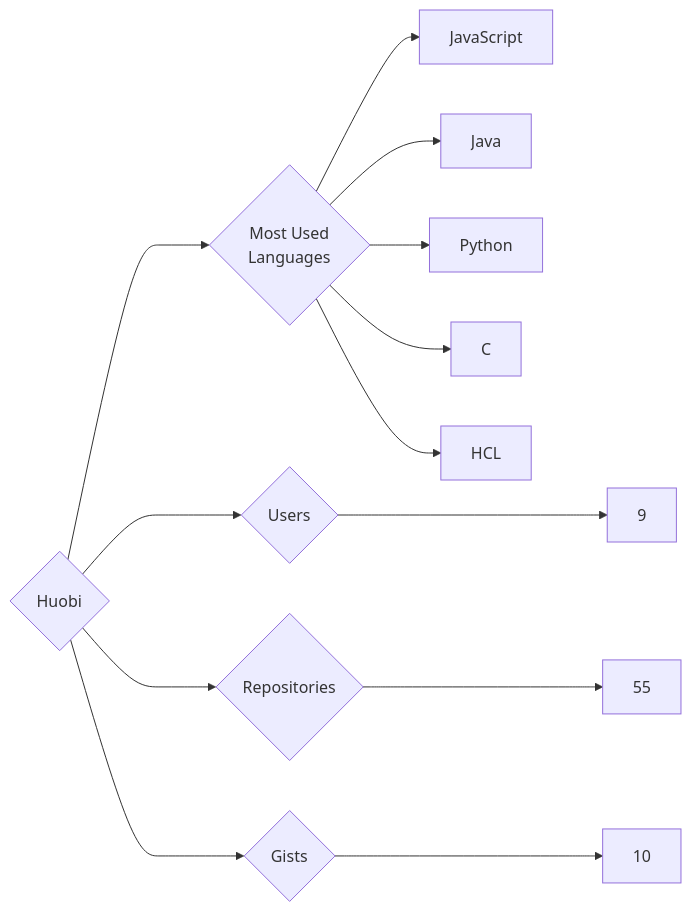
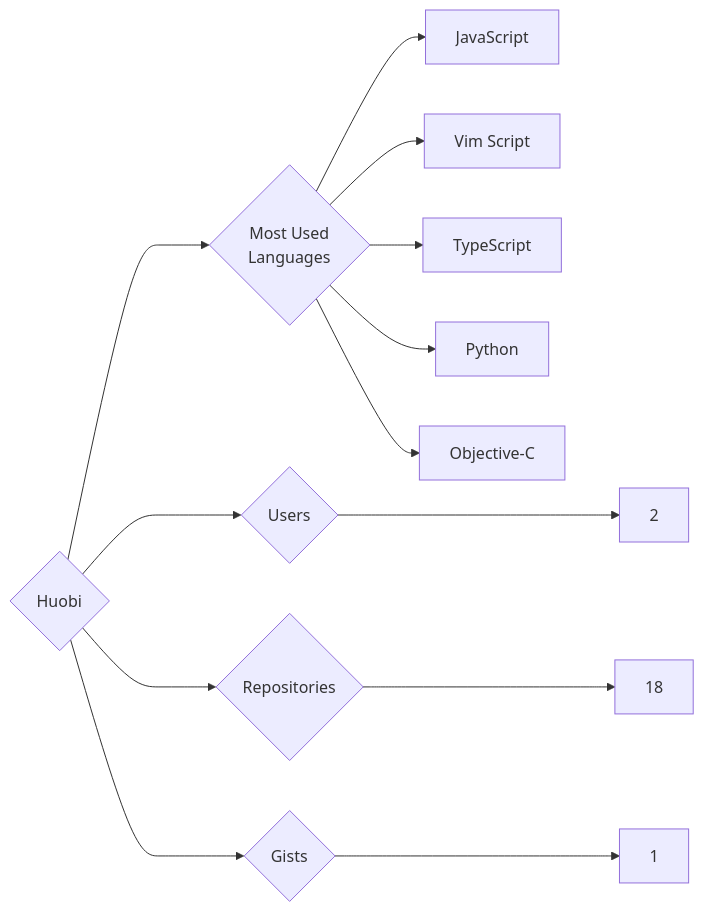
One commit to trickest/insiders changed the diagram in targets/Huobi/README.md. Above: the diagram before and after it, drawn with Mermaid. The commit also changed 1212 other files, not shown here.

````diff
--- a/targets/Huobi/README.md
+++ b/targets/Huobi/README.md
@@ -3,13 +3,13 @@
 ```mermaid
 graph LR
 COMPANY_NAME{Huobi}
-COMPANY_NAME ---> U{Users} ---> UN[9]
-COMPANY_NAME ---> R{Repositories} ---> RN[55]
-COMPANY_NAME ---> G{Gists} ---> GN[10]
+COMPANY_NAME ---> U{Users} ---> UN[2]
+COMPANY_NAME ---> R{Repositories} ---> RN[18]
+COMPANY_NAME ---> G{Gists} ---> GN[1]
 COMPANY_NAME ---> ML{Most Used<br>Languages}
 ML --> JavaScript[JavaScript]
-ML --> Java[Java]
+ML --> Vim_Script[Vim Script]
+ML --> TypeScript[TypeScript]
 ML --> Python[Python]
-ML --> C[C]
-ML --> HCL[HCL]
+ML --> Objective-C[Objective-C]
 ```
````
